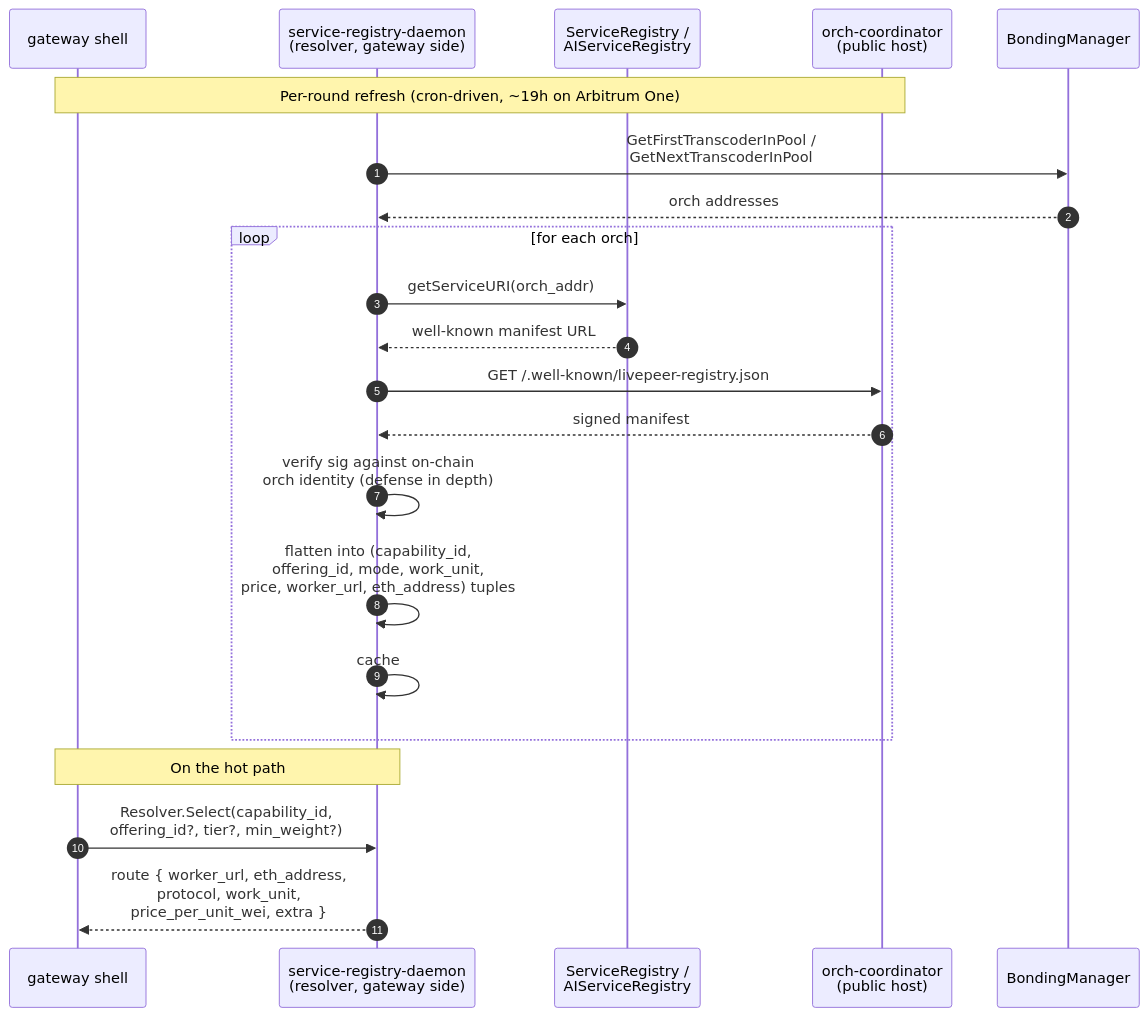
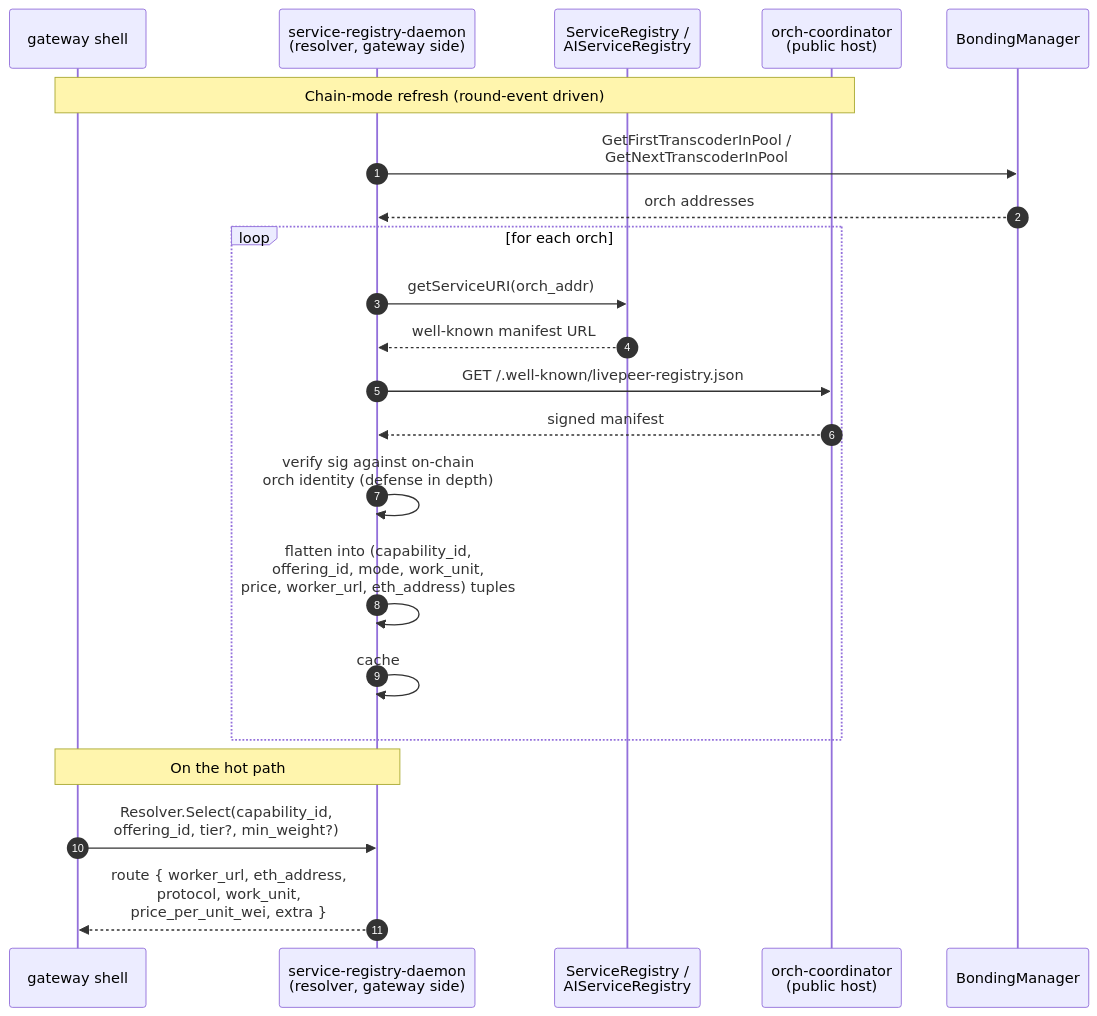
The fourth of 9 diagrams in docs/design-docs/architecture-overview.md (Cloud-SPE/livepeer-network-modules), drawn with Mermaid before and after one commit. The commit also changed other lines of this file and 59 other files, not shown here.

````diff
--- a/docs/design-docs/architecture-overview.md
+++ b/docs/design-docs/architecture-overview.md
@@ -657,26 +665,26 @@
 ```mermaid
 sequenceDiagram
     autonumber
     participant GW as gateway shell
     participant SRD as service-registry-daemon<br/>(resolver, gateway side)
     participant Chain as ServiceRegistry /<br/>AIServiceRegistry
     participant Coord as orch-coordinator<br/>(public host)
     participant BM as BondingManager
 
-    Note over GW,Coord: Per-round refresh (cron-driven, ~19h on Arbitrum One)
+    Note over GW,Coord: Chain-mode refresh (round-event driven)
     SRD->>BM: GetFirstTranscoderInPool /<br/>GetNextTranscoderInPool
     BM-->>SRD: orch addresses
     loop for each orch
         SRD->>Chain: getServiceURI(orch_addr)
         Chain-->>SRD: well-known manifest URL
         SRD->>Coord: GET /.well-known/livepeer-registry.json
         Coord-->>SRD: signed manifest
         SRD->>SRD: verify sig against on-chain<br/>orch identity (defense in depth)
         SRD->>SRD: flatten into (capability_id,<br/>offering_id, mode, work_unit,<br/>price, worker_url, eth_address) tuples
         SRD->>SRD: cache
     end
 
     Note over GW,SRD: On the hot path
-    GW->>SRD: Resolver.Select(capability_id,<br/>offering_id?, tier?, min_weight?)
+    GW->>SRD: Resolver.Select(capability_id,<br/>offering_id, tier?, min_weight?)
     SRD-->>GW: route { worker_url, eth_address,<br/>protocol, work_unit,<br/>price_per_unit_wei, extra }
 ```
````
